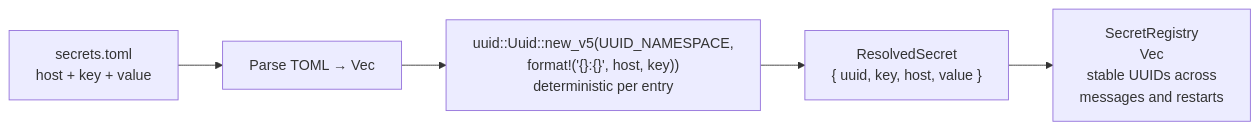
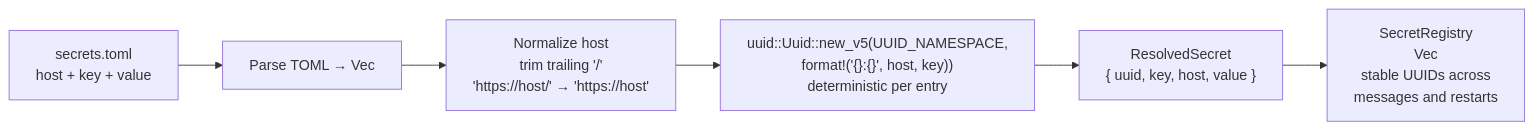
The third of 6 diagrams in _dfd/interception/secret-interception.md (cosmoswafer/rockbot), drawn with Mermaid before and after one commit. The commit also changed other lines of this file and 1 other file, not shown here.

Commit message:
fix(secrets): normalize trailing slash on host before UUID generation, DFD updates
Trim trailing '/' from host field in secrets.toml during load to match
URL-parsed hosts (which never include trailing slash). Add unit test
for normalization behavior. Fix mermaid parse error in DFD block 0
(quoted PROMPT label) and document normalization step in DFD 2c.

````diff
--- a/_dfd/interception/secret-interception.md
+++ b/_dfd/interception/secret-interception.md
@@ -153,13 +153,15 @@
 ```mermaid
 flowchart LR
     TOML["secrets.toml<br/>host + key + value"]
     PARSE[Parse TOML → Vec<SecretEntry>]
+    NORM["Normalize host<br/>trim trailing '/'<br/>'https://host/' → 'https://host'"]
     UUID["uuid::Uuid::new_v5(UUID_NAMESPACE,<br/>format!('{}:{}', host, key))<br/>deterministic per entry"]
     MAP["ResolvedSecret<br/>{ uuid, key, host, value }"]
     REGISTRY["SecretRegistry<br/>Vec<ResolvedSecret><br/>stable UUIDs across<br/>messages and restarts"]
 
     TOML --> PARSE
-    PARSE --> UUID
+    PARSE --> NORM
+    NORM --> UUID
     UUID --> MAP
     MAP --> REGISTRY
 ```
````
